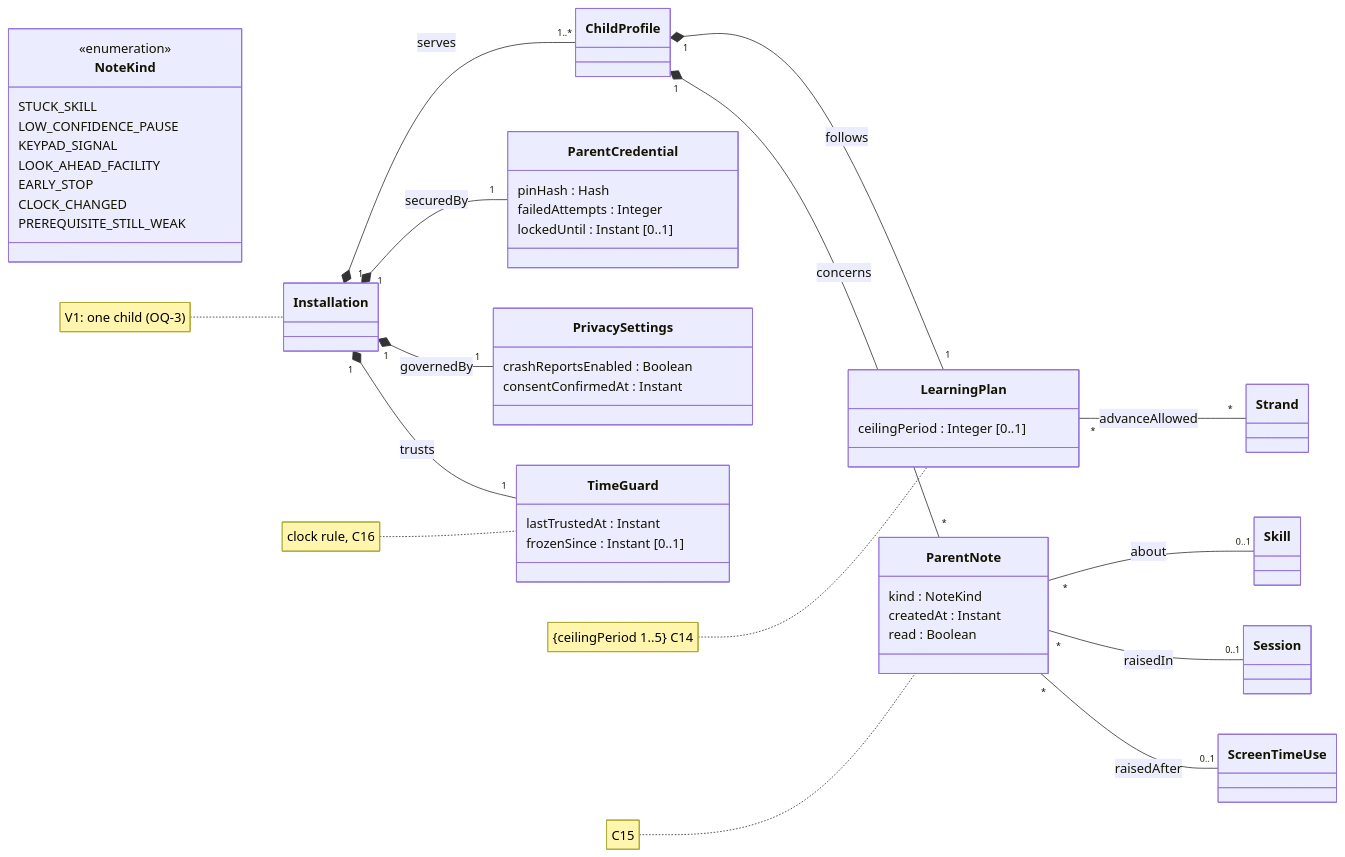
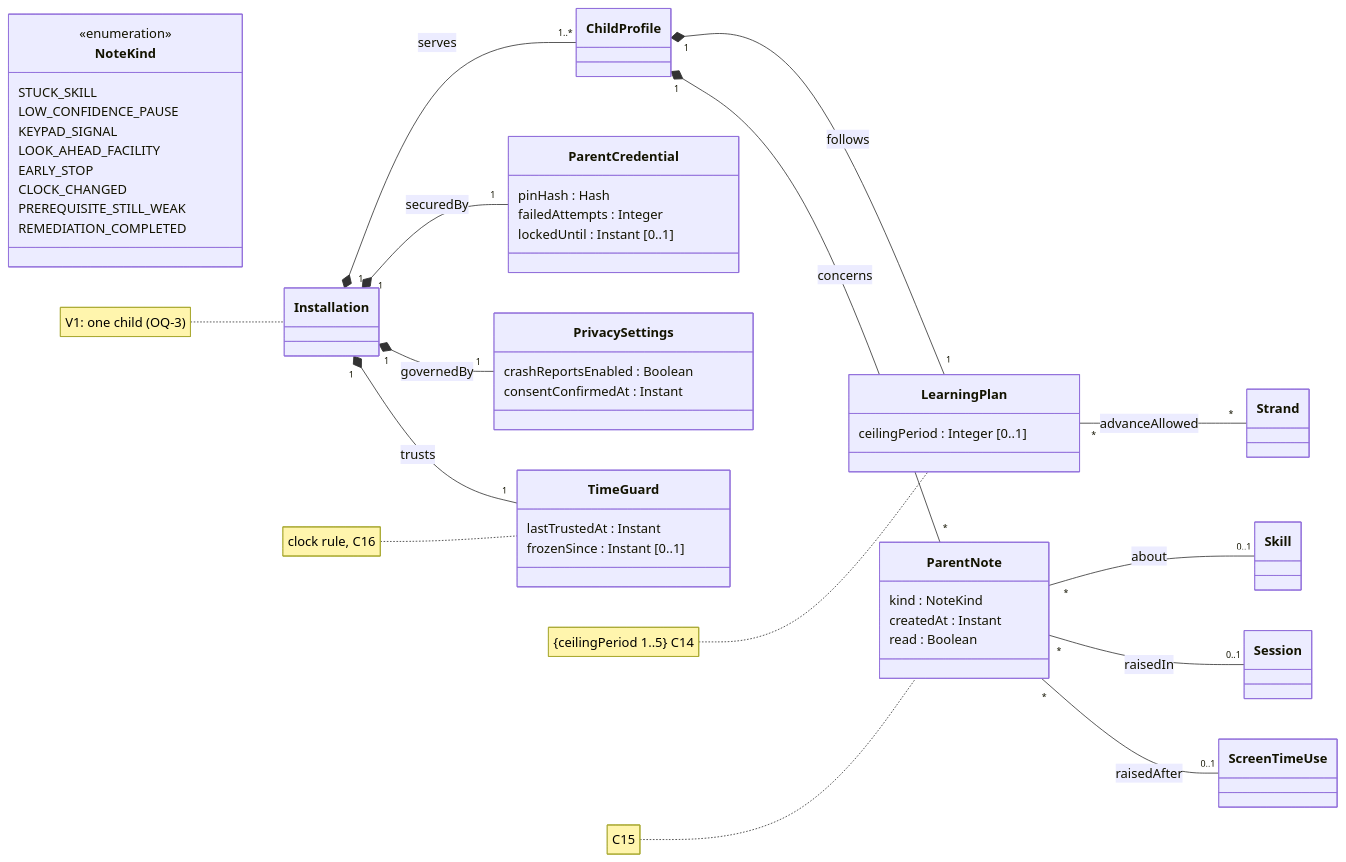
Before and after one commit to benoit-bremaud/learn-to-earn: the fifth of 5 diagrams in docs/architecture/diagrams/domain/01-class-domain-model.md, drawn with Mermaid. The commit also changed other lines of this file and 2 other files, not shown here.

Commit message:
docs(architecture): apply joint critical review to the domain model

````diff
--- a/docs/architecture/diagrams/domain/01-class-domain-model.md
+++ b/docs/architecture/diagrams/domain/01-class-domain-model.md
@@ -261,55 +261,56 @@
 ```mermaid
 classDiagram
   direction LR
   class Installation
   class ChildProfile
   class Session
   class Skill
   class Strand
   class ScreenTimeUse
   class LearningPlan {
     ceilingPeriod : Integer [0..1]
   }
   class ParentNote {
     kind : NoteKind
     createdAt : Instant
     read : Boolean
   }
   class ParentCredential {
     pinHash : Hash
     failedAttempts : Integer
     lockedUntil : Instant [0..1]
   }
   class PrivacySettings {
     crashReportsEnabled : Boolean
     consentConfirmedAt : Instant
   }
   class TimeGuard {
     lastTrustedAt : Instant
     frozenSince : Instant [0..1]
   }
   class NoteKind {
     <<enumeration>>
     STUCK_SKILL
     LOW_CONFIDENCE_PAUSE
     KEYPAD_SIGNAL
     LOOK_AHEAD_FACILITY
     EARLY_STOP
     CLOCK_CHANGED
     PREREQUISITE_STILL_WEAK
+    REMEDIATION_COMPLETED
   }
   Installation "1" *-- "1..*" ChildProfile : serves
   Installation "1" *-- "1" ParentCredential : securedBy
   Installation "1" *-- "1" PrivacySettings : governedBy
   Installation "1" *-- "1" TimeGuard : trusts
   ChildProfile "1" *-- "1" LearningPlan : follows
   LearningPlan "*" -- "*" Strand : advanceAllowed
   ChildProfile "1" *-- "*" ParentNote : concerns
   ParentNote "*" -- "0..1" Skill : about
   ParentNote "*" -- "0..1" Session : raisedIn
   ParentNote "*" -- "0..1" ScreenTimeUse : raisedAfter
   note for LearningPlan "{ceilingPeriod 1..5} C14"
   note for ParentNote "C15"
   note for TimeGuard "clock rule, C16"
   note for Installation "V1: one child (OQ-3)"
 ```
````
